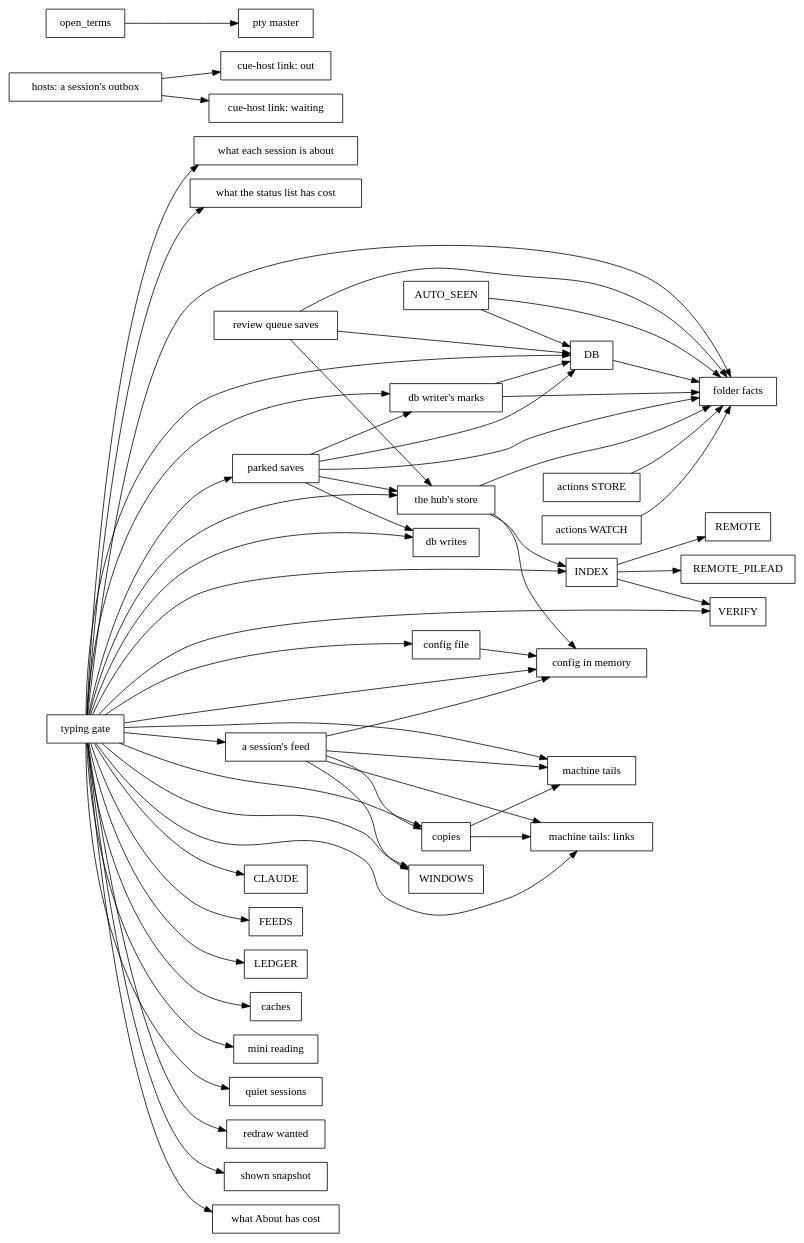
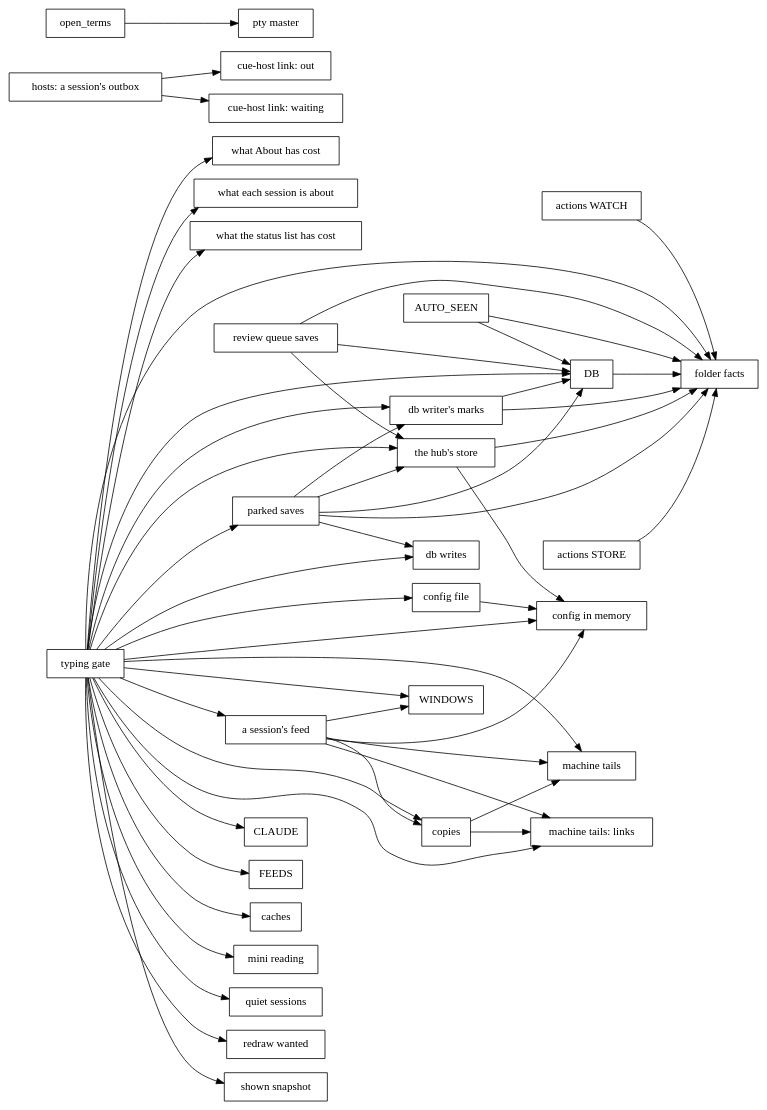
One commit to spacegrowth/cue changed the diagram in docs/dev/lock-graph.dot. Above: the diagram before and after it, drawn with Graphviz. The commit also changed 155 other files, not shown here.

```diff
--- a/docs/dev/lock-graph.dot
+++ b/docs/dev/lock-graph.dot
@@ -1,63 +1,56 @@
 // Generated by `cargo run -p xtask -- inventory`; don't edit by hand.
 digraph locks {
   rankdir=LR;
   node [shape=box];
   "AUTO_SEEN" -> "DB";
   "AUTO_SEEN" -> "folder facts";
   "DB" -> "folder facts";
-  "INDEX" -> "REMOTE";
-  "INDEX" -> "REMOTE_PILEAD";
-  "INDEX" -> "VERIFY";
   "a session's feed" -> "WINDOWS";
   "a session's feed" -> "config in memory";
   "a session's feed" -> "copies";
   "a session's feed" -> "machine tails";
   "a session's feed" -> "machine tails: links";
   "actions STORE" -> "folder facts";
   "actions WATCH" -> "folder facts";
   "config file" -> "config in memory";
   "copies" -> "machine tails";
   "copies" -> "machine tails: links";
   "db writer's marks" -> "DB";
   "db writer's marks" -> "folder facts";
   "hosts: a session's outbox" -> "cue-host link: out";
   "hosts: a session's outbox" -> "cue-host link: waiting";
   "open_terms" -> "pty master";
   "parked saves" -> "DB";
   "parked saves" -> "db writer's marks";
   "parked saves" -> "db writes";
   "parked saves" -> "folder facts";
   "parked saves" -> "the hub's store";
   "review queue saves" -> "DB";
   "review queue saves" -> "folder facts";
   "review queue saves" -> "the hub's store";
-  "the hub's store" -> "INDEX";
   "the hub's store" -> "config in memory";
   "the hub's store" -> "folder facts";
   "typing gate" -> "CLAUDE";
   "typing gate" -> "DB";
   "typing gate" -> "FEEDS";
-  "typing gate" -> "INDEX";
-  "typing gate" -> "LEDGER";
-  "typing gate" -> "VERIFY";
   "typing gate" -> "WINDOWS";
   "typing gate" -> "a session's feed";
   "typing gate" -> "caches";
   "typing gate" -> "config file";
   "typing gate" -> "config in memory";
   "typing gate" -> "copies";
   "typing gate" -> "db writer's marks";
   "typing gate" -> "db writes";
   "typing gate" -> "folder facts";
   "typing gate" -> "machine tails";
   "typing gate" -> "machine tails: links";
   "typing gate" -> "mini reading";
   "typing gate" -> "parked saves";
   "typing gate" -> "quiet sessions";
   "typing gate" -> "redraw wanted";
   "typing gate" -> "shown snapshot";
   "typing gate" -> "the hub's store";
   "typing gate" -> "what About has cost";
   "typing gate" -> "what each session is about";
   "typing gate" -> "what the status list has cost";
 }
```
